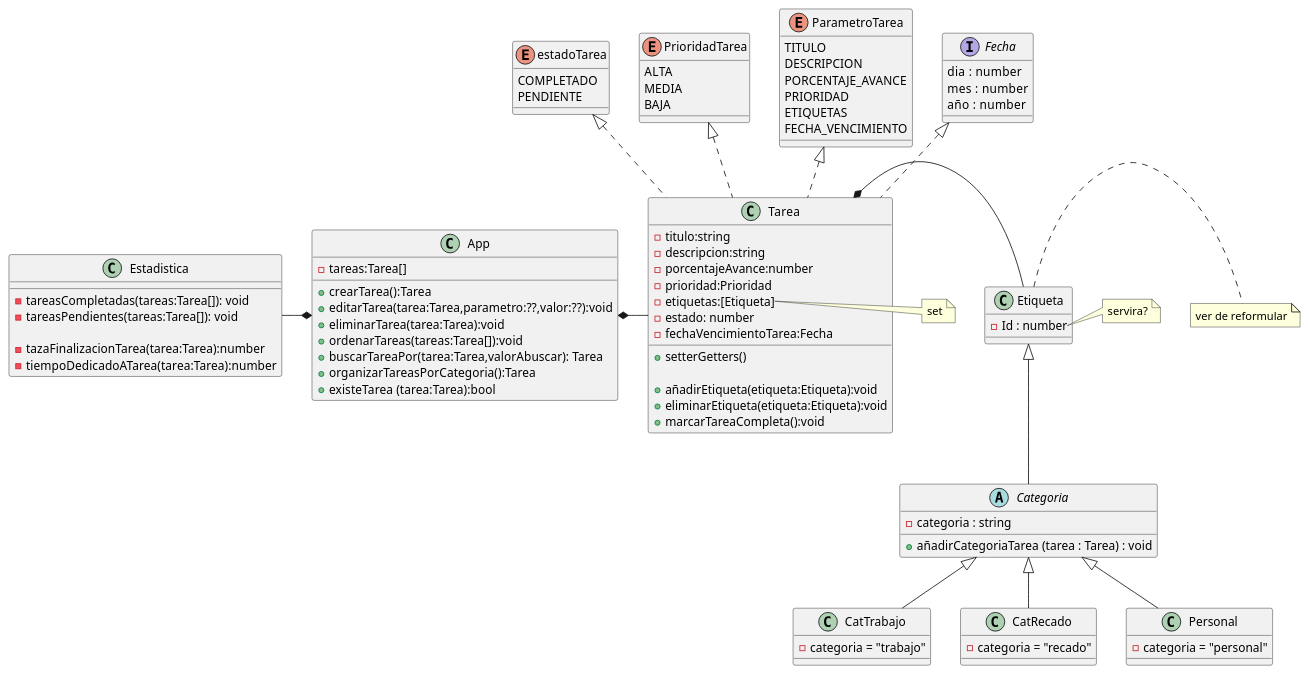
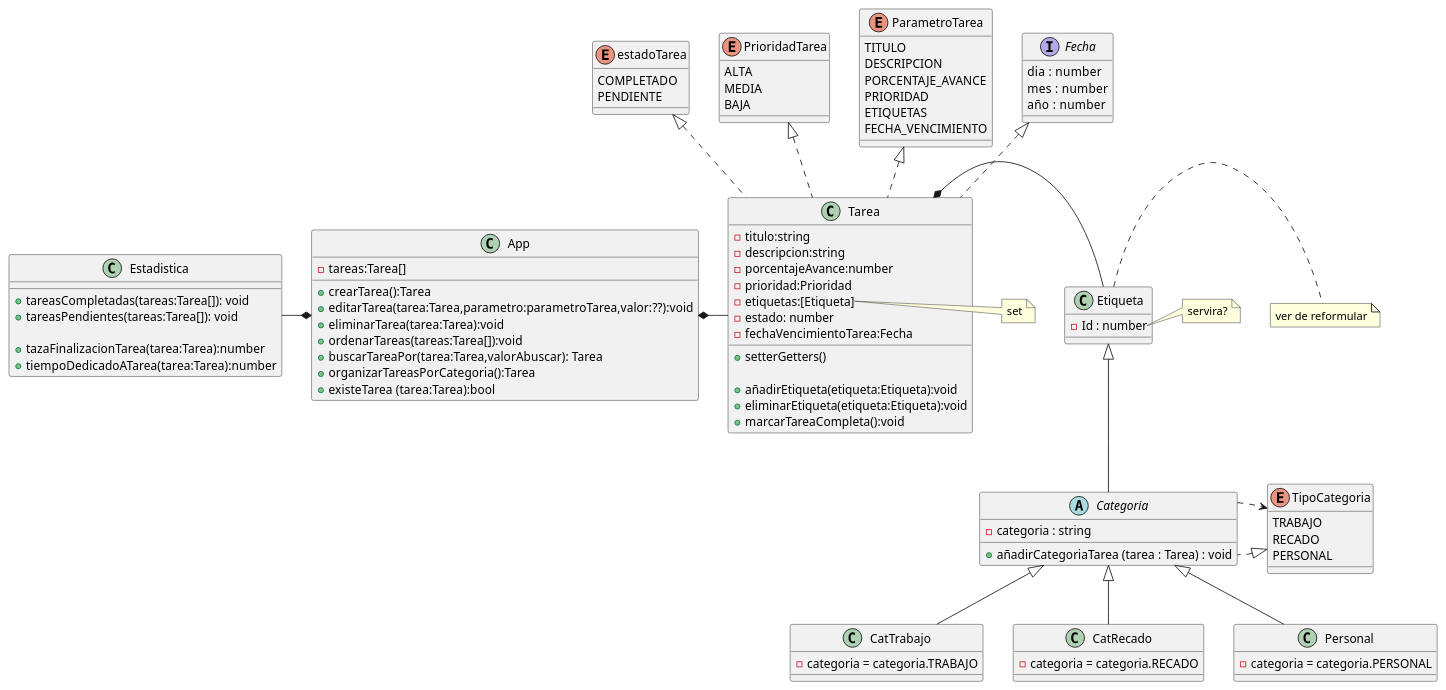
The diagram in src/Diagramas/DiagramaDeClasesReview1.puml (LauEroles/Task-list), drawn with PlantUML before and after one commit. The commit also changed 2 other files, not shown here.

Commit message:
Enum tipoCategoria
Añadido Enum  tipoCategoria y actualizado diagrama. (ver la doble flecha que quedo hacia el Enum)

```diff
--- a/src/Diagramas/DiagramaDeClasesReview1.puml
+++ b/src/Diagramas/DiagramaDeClasesReview1.puml
@@ -3,116 +3,123 @@
 @startuml TaskList
 
 
 class App{
 
     -tareas:Tarea[]
 
     +crearTarea():Tarea
-    +editarTarea(tarea:Tarea,parametro:??,valor:??):void
+    +editarTarea(tarea:Tarea,parametro:parametroTarea,valor:??):void
     +eliminarTarea(tarea:Tarea):void
     +ordenarTareas(tareas:Tarea[]):void
     +buscarTareaPor(tarea:Tarea,valorAbuscar): Tarea
 
 
     +organizarTareasPorCategoria():Tarea
     
     +existeTarea (tarea:Tarea):bool
 }
 
 class Estadistica{
 
-    -tareasCompletadas(tareas:Tarea[]): void
-    -tareasPendientes(tareas:Tarea[]): void
+    +tareasCompletadas(tareas:Tarea[]): void
+    +tareasPendientes(tareas:Tarea[]): void
 
-    -tazaFinalizacionTarea(tarea:Tarea):number
-    -tiempoDedicadoATarea(tarea:Tarea):number
+    +tazaFinalizacionTarea(tarea:Tarea):number
+    +tiempoDedicadoATarea(tarea:Tarea):number
 
 }
 
 enum estadoTarea{
     COMPLETADO
     PENDIENTE
 }
 
 enum PrioridadTarea{
     ALTA
     MEDIA
     BAJA
 }
 
 enum ParametroTarea{
     TITULO
     DESCRIPCION
     PORCENTAJE_AVANCE
     PRIORIDAD
     ETIQUETAS
     FECHA_VENCIMIENTO
 }
 
 interface Fecha {
     dia :  number
     mes :  number
     año :  number
 }
 
+enum TipoCategoria{
+    TRABAJO 
+    RECADO
+    PERSONAL
+}
+
 class Tarea implements PrioridadTarea,ParametroTarea,estadoTarea,Fecha{
     
     -titulo:string
     -descripcion:string
     -porcentajeAvance:number
     -prioridad:Prioridad
     -etiquetas:[Etiqueta] 
     -estado: number
     -fechaVencimientoTarea:Fecha
 
     +setterGetters()
     
     +añadirEtiqueta(etiqueta:Etiqueta):void
     +eliminarEtiqueta(etiqueta:Etiqueta):void
     +marcarTareaCompleta():void
 }
 
 
 class Etiqueta { 
     -Id : number
 
 }
 
-abstract class Categoria extends Etiqueta {
+abstract class Categoria extends Etiqueta implements TipoCategoria {
     -categoria : string
     +añadirCategoriaTarea (tarea : Tarea) : void
 }
 
 Class CatTrabajo extends Categoria{
-    -categoria = "trabajo"
+    -categoria = categoria.TRABAJO
 }
 
 Class CatRecado extends Categoria{
-    -categoria = "recado"
+    -categoria = categoria.RECADO
 }
 
 Class Personal extends Categoria{
-    -categoria = "personal"
+    -categoria = categoria.PERSONAL
 }
 
 
 'Relaciones
 App *-right- Tarea
 App *-left- Estadistica
+Categoria .right.> TipoCategoria
 
 Etiqueta -left-* Tarea
 
 note right of Etiqueta
   ver de reformular
 end note
 
 note right of Etiqueta::Id
   servira?
 end note
 
 note right of Tarea::etiquetas
  set
 end note
 
 
 @enduml
```
